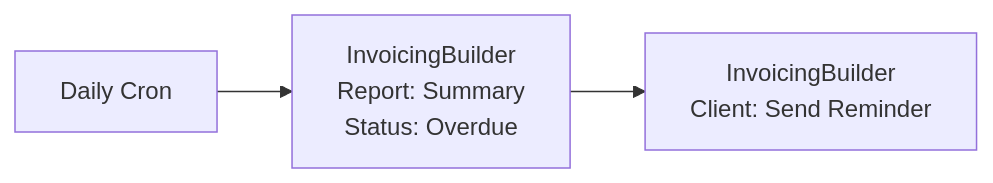
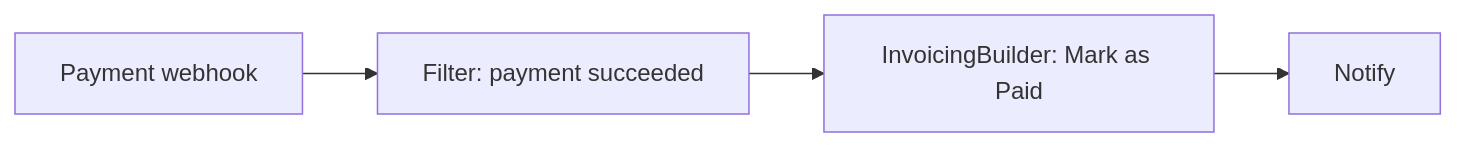
One commit to InvoicingBuilder/n8n-nodes-invoicingbuilder changed the third of 4 diagrams in README.md. Above: the diagram before and after it, drawn with Mermaid. The commit also changed other lines of this file and 1 other file, not shown here.

````diff
--- a/README.md
+++ b/README.md
@@ -403,5 +324,6 @@
 ```mermaid
 graph LR
-    Cron[Daily Cron] --> Report[InvoicingBuilder<br>Report: Summary<br>Status: Overdue]
-    Report --> Remind[InvoicingBuilder<br>Client: Send Reminder]
+    A[Payment webhook] --> B[Filter: payment succeeded]
+    B --> C[InvoicingBuilder: Mark as Paid]
+    C --> D[Notify]
 ```
````
